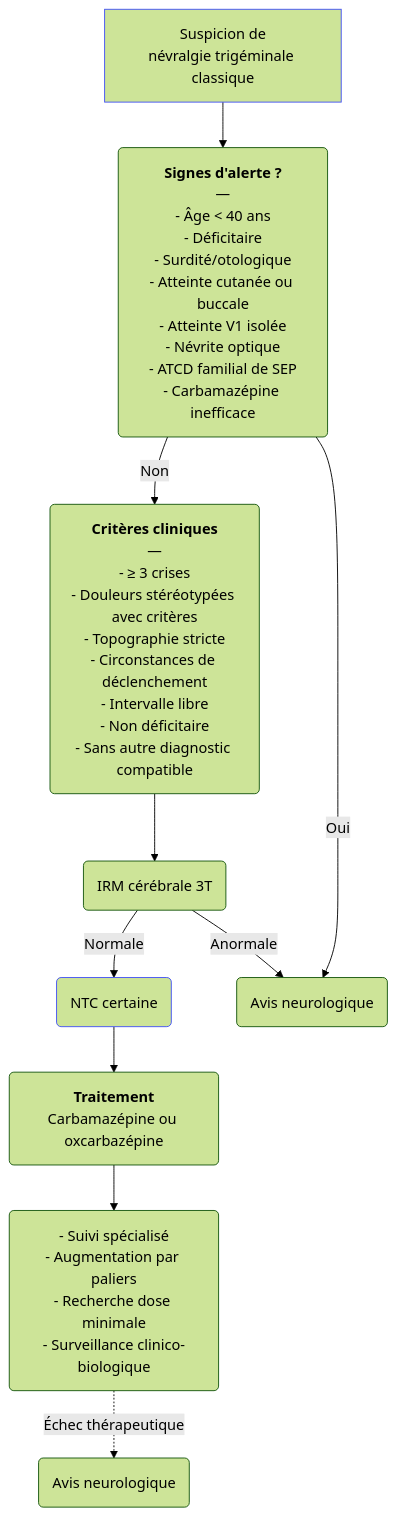
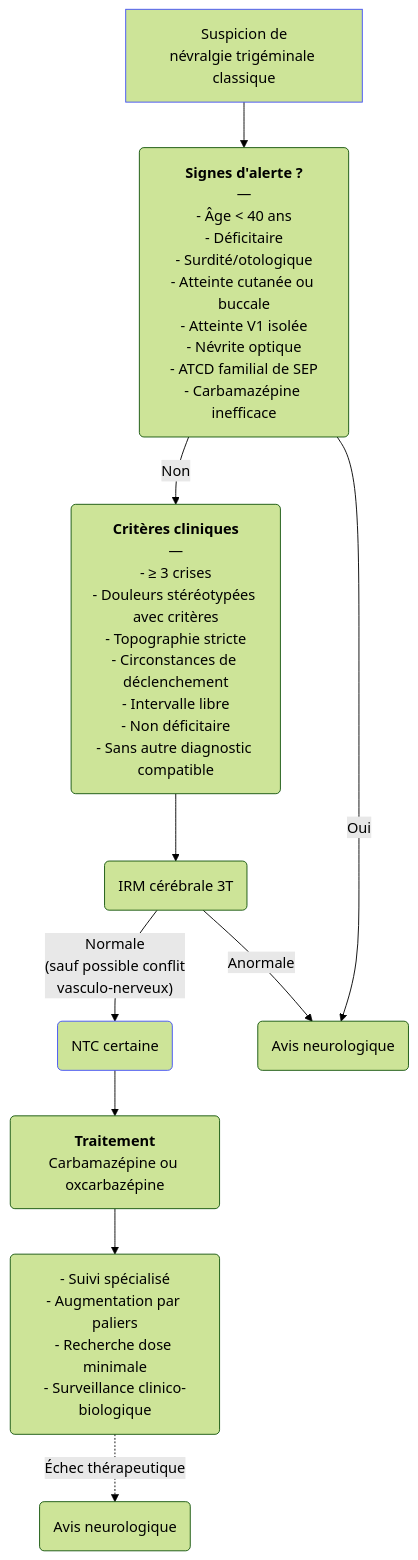
One commit to djibe/recommandations-medicales changed the diagram in content/recommandations/nevralgie-trigeminale-classique.md. Above: the diagram before and after it, drawn with Mermaid (forest theme). The commit also changed other lines of this file and 4 other files, not shown here.

```diff
--- a/content/recommandations/nevralgie-trigeminale-classique.md
+++ b/content/recommandations/nevralgie-trigeminale-classique.md
@@ -278,14 +283,14 @@
 {{< mermaid title="Conduite à tenir devant une suspicion de névralgie trigéminale classique. Dr JB Fron d'après Donnet 2018 et Bendtsen 2019" >}}
 graph TB
   suspNtc["Suspicion de<br>névralgie trigéminale classique"] --> exclusion("<b>Signes d'alerte ?</b><br>—<br>- Âge &lt; 40 ans<br>- Déficitaire<br>- Surdité/otologique<br>- Atteinte cutanée ou buccale<br>- Atteinte V1 isolée<br>- Névrite optique<br>- ATCD familial de SEP<br>- Carbamazépine inefficace")
   style suspNtc stroke:#4150f5, stroke-width:1px
   exclusion -- Non --> criteres("<b>Critères cliniques</b><br>—<br>- ≥ 3 crises<br>- Douleurs stéréotypées avec critères<br>- Topographie stricte<br>- Circonstances de déclenchement<br>- Intervalle libre<br>- Non déficitaire<br>- Sans autre diagnostic compatible")
     criteres --> irm(IRM cérébrale 3T)
-      irm -- Normale --> ntc(NTC certaine)
+      irm -- "Normale<br>(sauf possible conflit<br>vasculo-nerveux)" --> ntc(NTC certaine)
       style ntc stroke:#4150f5, stroke-width:1px
         ntc --> traitement(<b>Traitement</b><br>Carbamazépine ou oxcarbazépine)
           traitement --> escalade("- Suivi spécialisé<br>- Augmentation par paliers<br>- Recherche dose minimale<br>- Surveillance clinico-biologique")
             escalade -. Échec thérapeutique .-> echec(Avis neurologique)
       irm -- Anormale --> neuro(Avis neurologique)
   exclusion -- Oui --> neuro
 {{< /mermaid >}}
```
